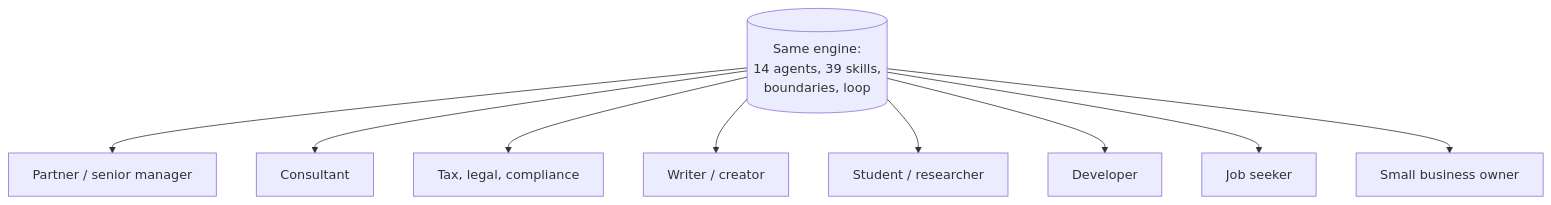
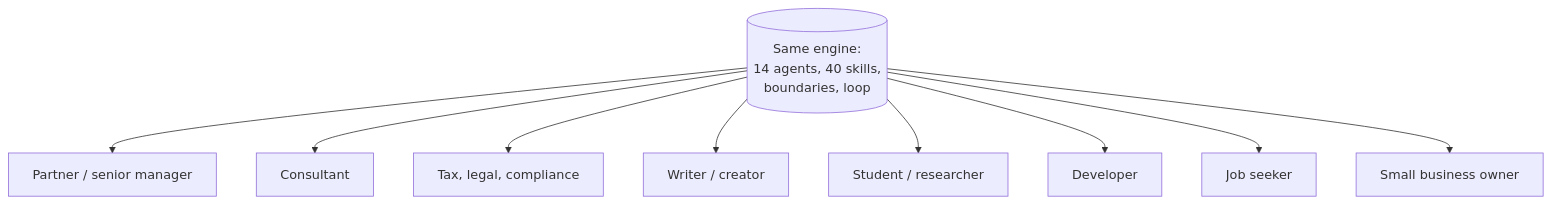
One commit to konark20/second-brain-for-claude changed the diagram in docs/use-cases.md. Above: the diagram before and after it, drawn with Mermaid. The commit also changed 34 other files, not shown here.

````diff
--- a/docs/use-cases.md
+++ b/docs/use-cases.md
@@ -5,12 +5,12 @@
 ```mermaid
 flowchart TB
-    CORE[(Same engine:<br/>14 agents, 39 skills,<br/>boundaries, loop)]
+    CORE[(Same engine:<br/>14 agents, 40 skills,<br/>boundaries, loop)]
     CORE --> P1[Partner / senior manager]
     CORE --> P2[Consultant]
     CORE --> P3[Tax, legal, compliance]
     CORE --> P4[Writer / creator]
     CORE --> P5[Student / researcher]
     CORE --> P6[Developer]
     CORE --> P7[Job seeker]
     CORE --> P8[Small business owner]
 ```
````
